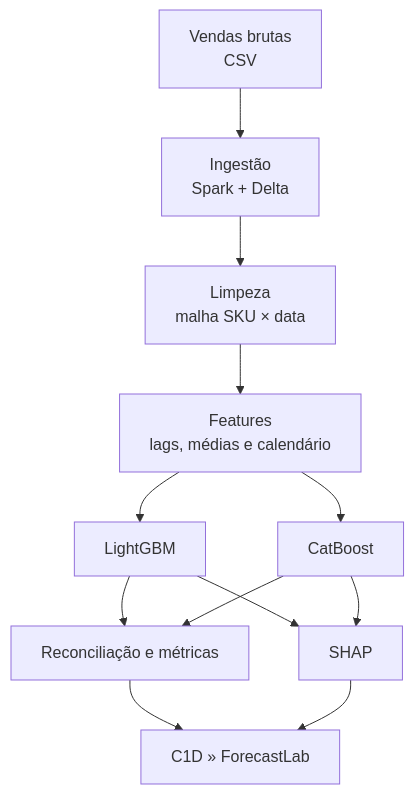
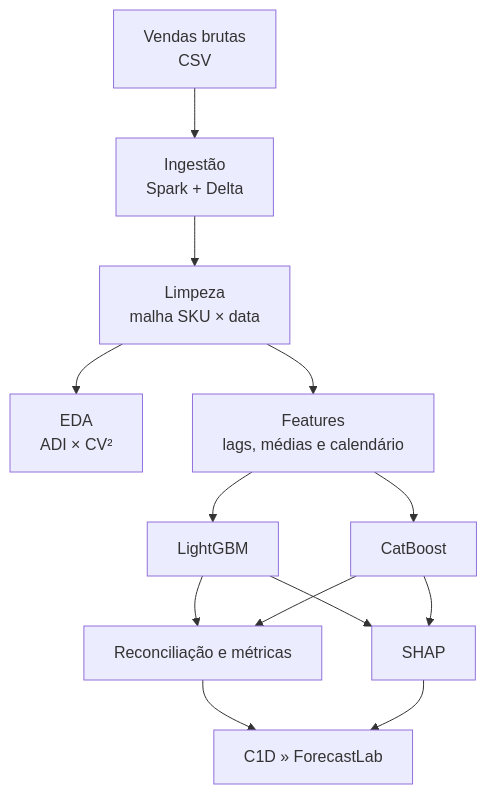
One commit to betinaschilling/project_time_series_forecasting changed the diagram in README.md. Above: the diagram before and after it, drawn with Mermaid. The commit also changed other lines of this file, not shown here.

Commit message:
docs: document ADI CV2 EDA dashboard

````diff
--- a/README.md
+++ b/README.md
@@ -28,14 +29,15 @@
 ```mermaid
 flowchart TD
     A["Vendas brutas<br/>CSV"] --> B["Ingestão<br/>Spark + Delta"]
     B --> C["Limpeza<br/>malha SKU × data"]
+    C --> J["EDA<br/>ADI × CV²"]
     C --> D["Features<br/>lags, médias e calendário"]
     D --> E["LightGBM"]
     D --> F["CatBoost"]
     E --> G["Reconciliação e métricas"]
     F --> G
     E --> H["SHAP"]
     F --> H
     G --> I["C1D » ForecastLab"]
     H --> I
 ```
````
